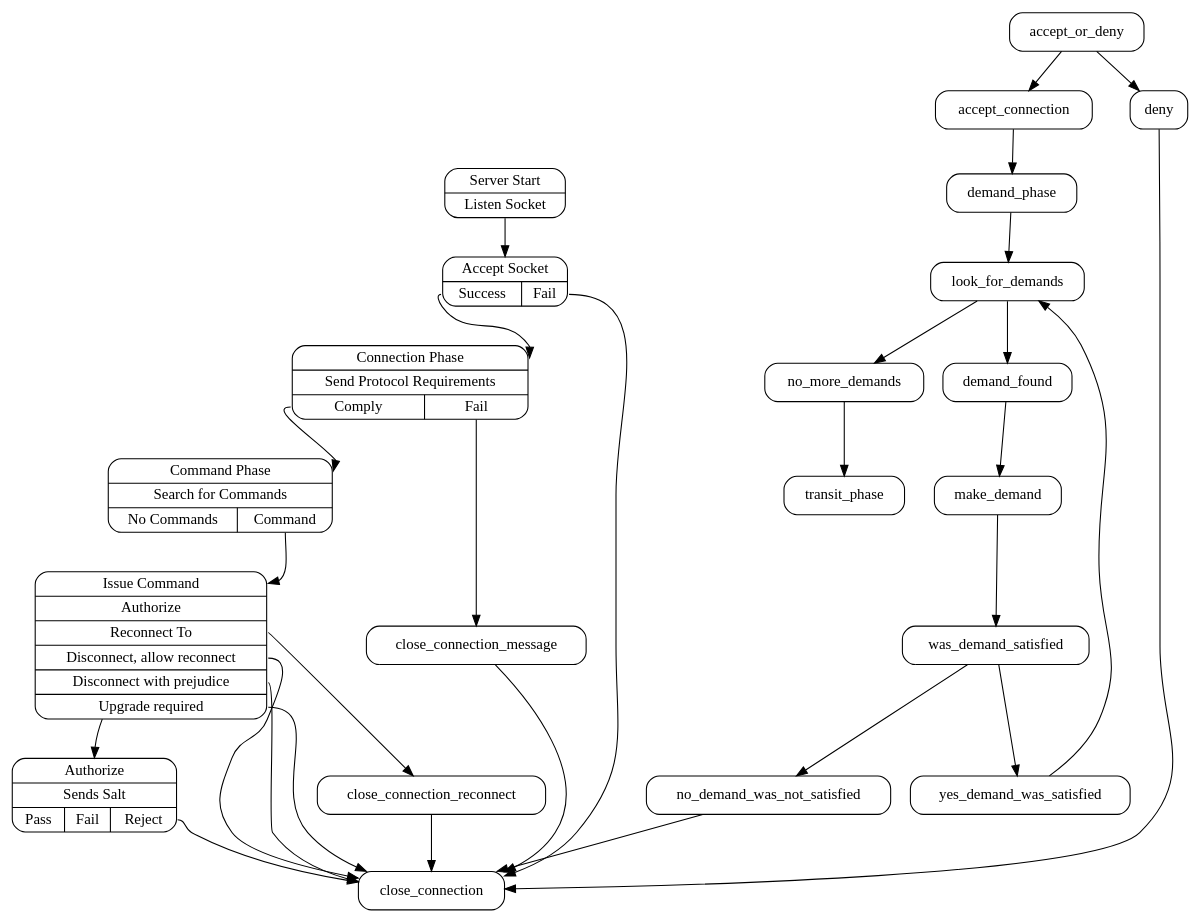
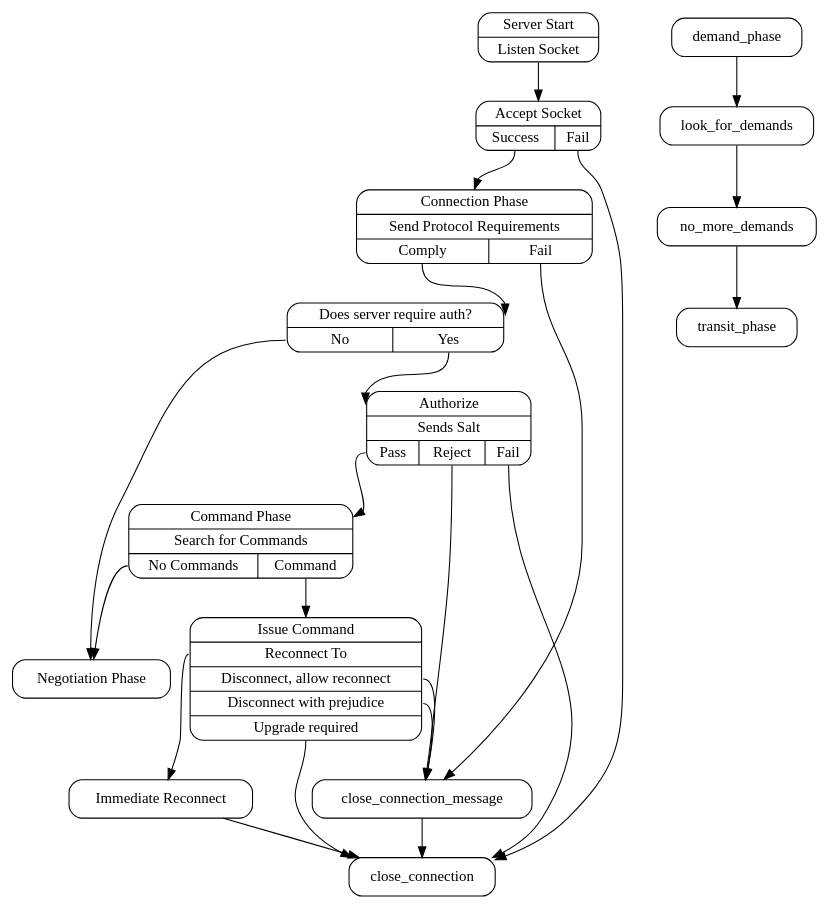
The diagram in spec/NBP Diagram.dot (StoneCypher/scutil.github.com), drawn with Graphviz before and after one commit.

Commit message:
More NBP protocol diagram updates

```diff
--- a/spec/NBP Diagram.dot
+++ b/spec/NBP Diagram.dot
@@ -1,58 +1,52 @@
 // $Revision$
 
 digraph G {
 
     graph [];
     node  [shape=Mrecord];
     edge  [];
 
-    "server_start"     [label="{Server Start|<listensocket>Listen Socket}"];
-    "accept_socket"    [label="{<in>Accept Socket|{<success>Success|<fail>Fail}}"];
-    "connection_phase" [label="{<in>Connection Phase|Send Protocol Requirements|{<comply>Comply|<fail>Fail}}"];
-    "command_phase"    [label="{<in>Command Phase|Search for Commands|{<nocommands>No Commands|<command>Command}}"];
-    "issue_command"    [label="{<in>Issue Command|<auth>Authorize|<reconnectto>Reconnect To|<disconnect>Disconnect, allow reconnect|<disconnectpr>Disconnect with prejudice|<upgrade>Upgrade required}"];
-    "authorize"        [label="{<in>Authorize|Sends Salt|{<pass>Pass|<fail>Fail|<reject>Reject}}"]
+    "server_start"        [label="{Server Start|<listensocket>Listen Socket}"];
+    "accept_socket"       [label="{<in>Accept Socket|{<success>Success|<fail>Fail}}"];
+    "connection_phase"    [label="{<in>Connection Phase|Send Protocol Requirements|{<comply>Comply|<fail>Fail}}"];
+    "require_auth"        [label="{<in>Does server require auth?|{<no>No|<yes>Yes}}"];
+    "authorize"           [label="{<in>Authorize|Sends Salt|{<pass>Pass|<reject>Reject|<fail>Fail}}"]
+    "command_phase"       [label="{<in>Command Phase|Search for Commands|{<nocommands>No Commands|<command>Command}}"];
+    "issue_command"       [label="{<in>Issue Command|<reconnectto>Reconnect To|<disconnect>Disconnect, allow reconnect|<disconnectpr>Disconnect with prejudice|<upgrade>Upgrade required}"];
+    "negotiation_phase"   [label="{<in>Negotiation Phase}"]
+    "immediate_reconnect" [label="Immediate Reconnect"]
 
     server_start:listensocket     -> accept_socket:in               [];
 
     accept_socket:success         -> connection_phase:in            [];
     accept_socket:fail            -> close_connection               [];
 
-    connection_phase:comply       -> command_phase:in               [];
+    connection_phase:comply       -> require_auth:in                [];
     connection_phase:fail         -> close_connection_message       [];
+
+    require_auth:yes              -> authorize:in                   [];
+    require_auth:no               -> negotiation_phase:in           [];
 
     close_connection_message      -> close_connection               [];
 
+    authorize:pass                -> command_phase:in               [];
+    authorize:fail                -> close_connection               [];
+    authorize:reject              -> close_connection_message       [];
+
     command_phase:command         -> issue_command:in               [];
 
-    issue_command:f1:w            -> authorize:in                   [];
+    issue_command:reconnectto:w   -> immediate_reconnect            [];
+    issue_command:disconnect:e    -> close_connection_message       [];
+    issue_command:disconnectpr:e  -> close_connection_message       [];
+    issue_command:upgrade:s       -> close_connection               [];
 
-    issue_command:reconnectto:e   -> close_connection_reconnect     [];
-    issue_command:disconnect:e    -> close_connection               [];
-    issue_command:disconnectpr:e  -> close_connection               [];
-    issue_command:upgrade:e       -> close_connection               [];
+    immediate_reconnect           -> close_connection               [];
 
-    close_connection_reconnect    -> close_connection               [];
-
-    authorize:reject              -> close_connection               [];
-
-
-    accept_or_deny -> accept_connection -> demand_phase
+    command_phase:nocommands      -> negotiation_phase:in           [];
 
     demand_phase -> look_for_demands -> no_more_demands -> transit_phase
-
-    look_for_demands -> demand_found -> make_demand -> was_demand_satisfied
-
-    was_demand_satisfied -> no_demand_was_not_satisfied -> close_connection
-
-    was_demand_satisfied -> yes_demand_was_satisfied
-      yes_demand_was_satisfied -> look_for_demands [constraint=false]
-
-
-
-    accept_or_deny -> deny -> close_connection
 
 
 
 
 }
```
